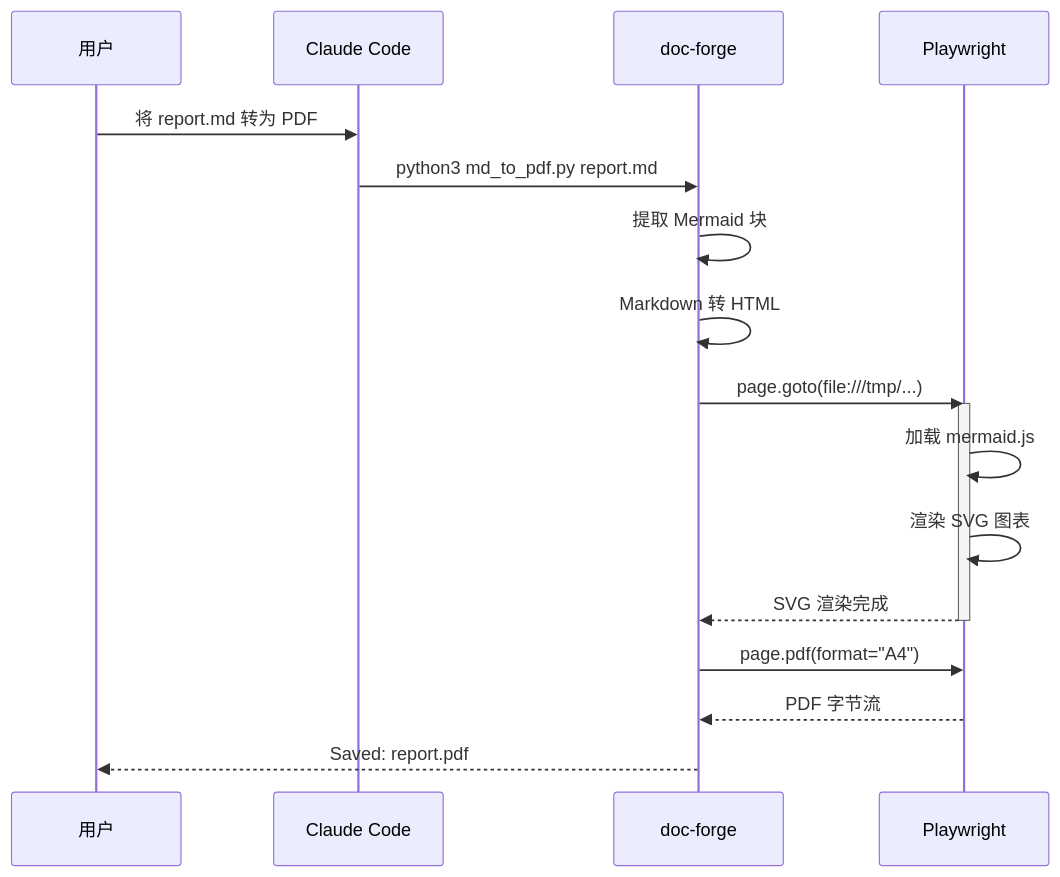
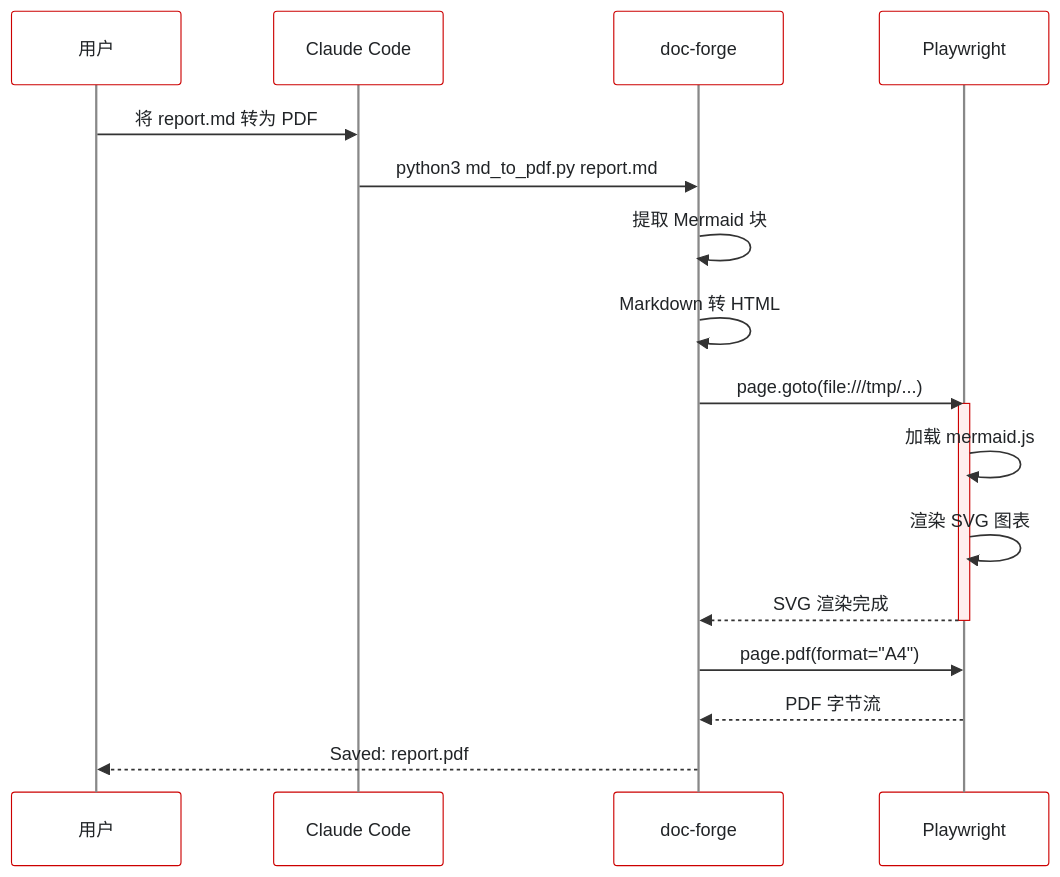
One commit to harveyzhang814/harveyz-skill changed the third of 7 diagrams in skills/writing/mermaid-diagram/tests/bain-style-test.md. Above: the diagram before and after it, drawn with Mermaid. The commit also changed other lines of this file and 3 other files, not shown here.

First line of the commit message:
feat(mermaid): per-diagram-type style system v1.5.0

````diff
--- a/skills/writing/mermaid-diagram/tests/bain-style-test.md
+++ b/skills/writing/mermaid-diagram/tests/bain-style-test.md
@@ -68,21 +68,22 @@
 ```mermaid
+%%{init: {"theme":"base","themeVariables":{"actorBkg":"#FFFFFF","actorBorder":"#CC0000","actorTextColor":"#212427","actorLineColor":"#888888","noteBkg":"#F0F0F0","noteTextColor":"#212427","activationBkgColor":"#FFEEEE","activationBorderColor":"#CC0000","signalColor":"#333333","signalTextColor":"#212427"}}}%%
 sequenceDiagram
     participant U as 用户
     participant C as Claude Code
     participant S as doc-forge
     participant P as Playwright
 
     U->>C: 将 report.md 转为 PDF
     C->>S: python3 md_to_pdf.py report.md
     S->>S: 提取 Mermaid 块
     S->>S: Markdown 转 HTML
     S->>P: page.goto(file:///tmp/...)
     activate P
     P->>P: 加载 mermaid.js
     P->>P: 渲染 SVG 图表
     P-->>S: SVG 渲染完成
     deactivate P
     S->>P: page.pdf(format="A4")
     P-->>S: PDF 字节流
     S-->>U: Saved: report.pdf
 ```
````
